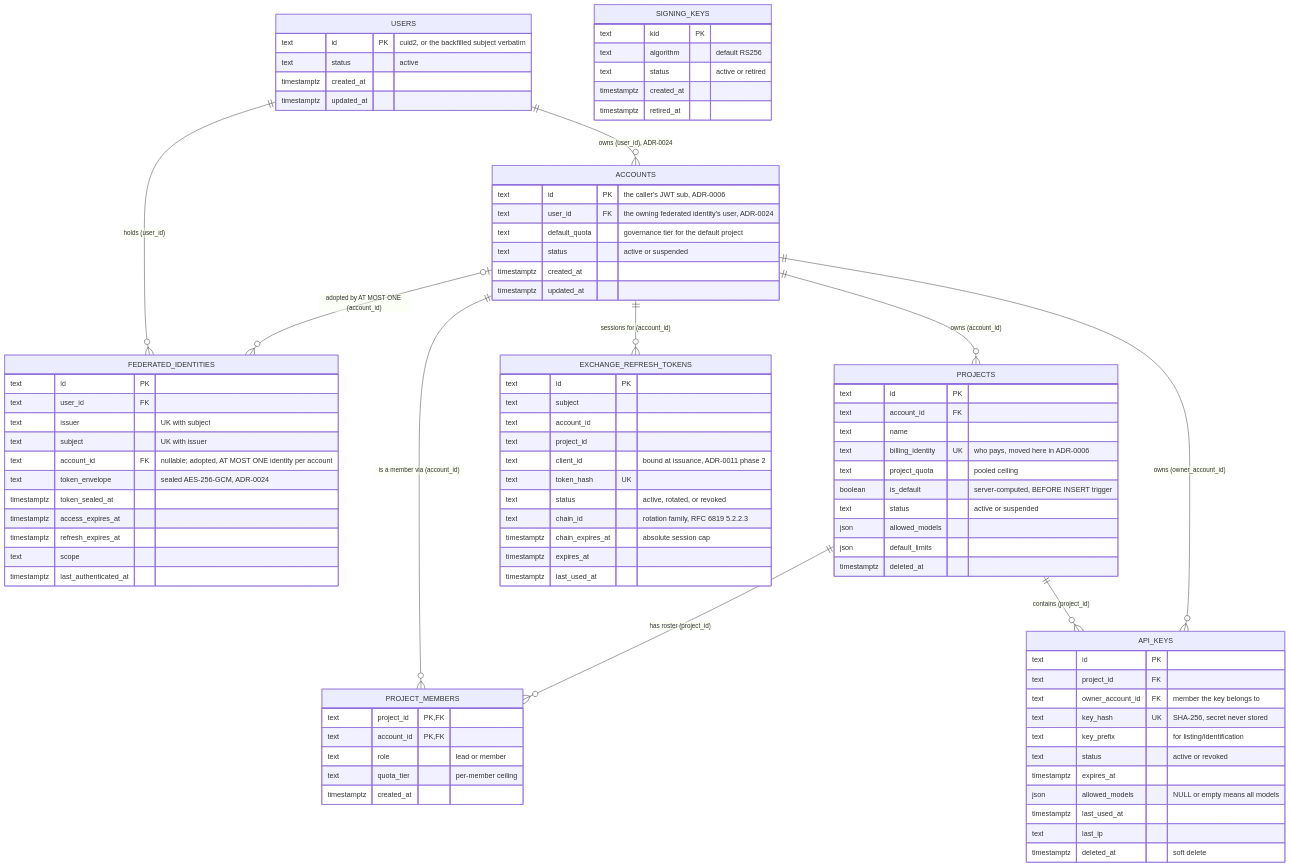
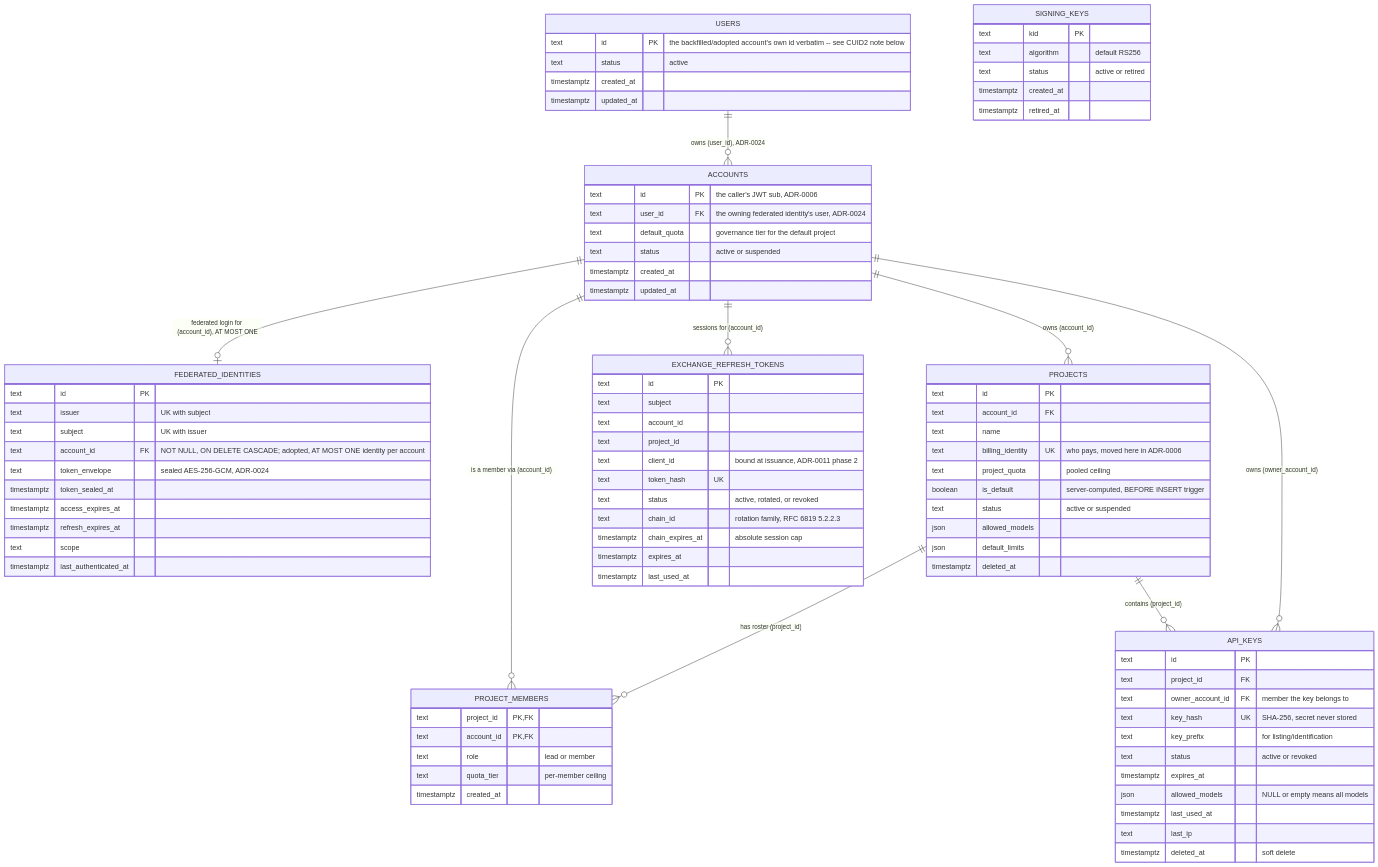
One commit to ADORSYS-GIS/lightbridge-authz changed the first of 2 diagrams in docs/architecture/data-model.md. Above: the diagram before and after it, drawn with Mermaid. The commit also changed other lines of this file and 2 other files, not shown here.

````diff
--- a/docs/architecture/data-model.md
+++ b/docs/architecture/data-model.md
@@ -35,8 +37,7 @@
 ```mermaid
 erDiagram
     USERS ||--o{ ACCOUNTS : "owns (user_id), ADR-0024"
-    USERS ||--o{ FEDERATED_IDENTITIES : "holds (user_id)"
-    ACCOUNTS |o--o{ FEDERATED_IDENTITIES : "adopted by AT MOST ONE (account_id)"
+    ACCOUNTS ||--o| FEDERATED_IDENTITIES : "federated login for (account_id), AT MOST ONE"
     ACCOUNTS ||--o{ PROJECTS : "owns (account_id)"
     ACCOUNTS ||--o{ PROJECT_MEMBERS : "is a member via (account_id)"
     PROJECTS ||--o{ PROJECT_MEMBERS : "has roster (project_id)"
@@ -45,7 +46,7 @@
     ACCOUNTS ||--o{ EXCHANGE_REFRESH_TOKENS : "sessions for (account_id)"
 
     USERS {
-        text id PK "cuid2, or the backfilled subject verbatim"
+        text id PK "the backfilled/adopted account's own id verbatim -- see CUID2 note below"
         text status "active"
         timestamptz created_at
         timestamptz updated_at
@@ -53,10 +54,9 @@
 
     FEDERATED_IDENTITIES {
         text id PK
-        text user_id FK
         text issuer "UK with subject"
         text subject "UK with issuer"
-        text account_id FK "nullable; adopted, AT MOST ONE identity per account"
+        text account_id FK "NOT NULL, ON DELETE CASCADE; adopted, AT MOST ONE identity per account"
         text token_envelope "sealed AES-256-GCM, ADR-0024"
         timestamptz token_sealed_at
         timestamptz access_expires_at
````
